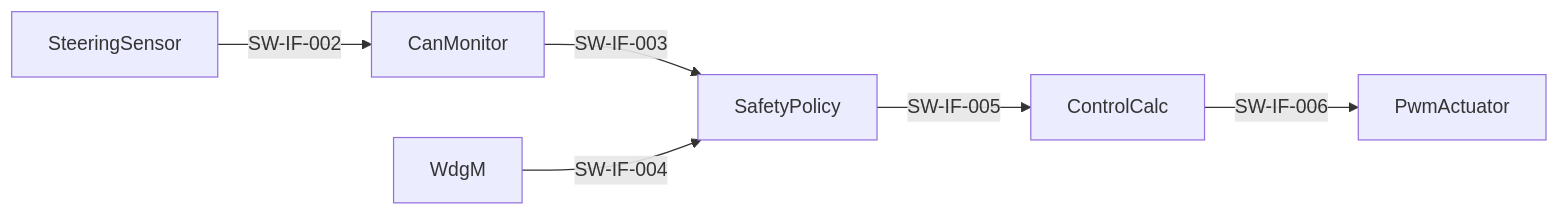
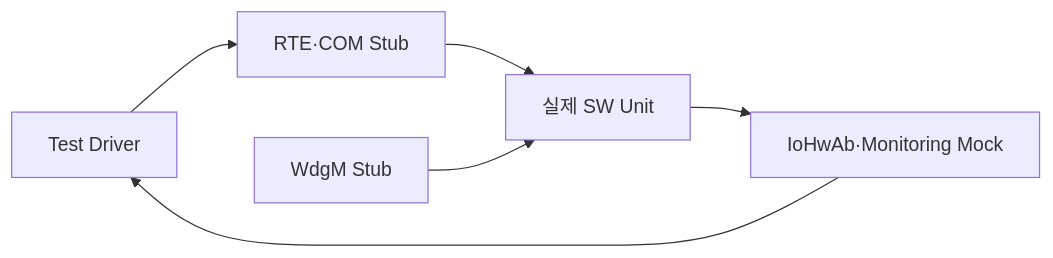
One commit to kwangil1245-code/ISO-26262-sbw changed the diagram in workproducts/06_Integration_Test.md. Above: the diagram before and after it, drawn with Mermaid. The commit also changed other lines of this file, not shown here.

````diff
--- a/workproducts/06_Integration_Test.md
+++ b/workproducts/06_Integration_Test.md
@@ -30,8 +45,8 @@
 ```mermaid
 flowchart LR
-    S["SteeringSensor"] -->|"SW-IF-002"| M["CanMonitor"]
-    M -->|"SW-IF-003"| P["SafetyPolicy"]
-    W["WdgM"] -->|"SW-IF-004"| P
-    P -->|"SW-IF-005"| C["ControlCalc"]
-    C -->|"SW-IF-006"| A["PwmActuator"]
+    T["Test Driver"] --> R["RTE·COM Stub"]
+    R --> S["실제 SW Unit"]
+    W["WdgM Stub"] --> S
+    S --> M["IoHwAb·Monitoring Mock"]
+    M --> T
 ```
````
